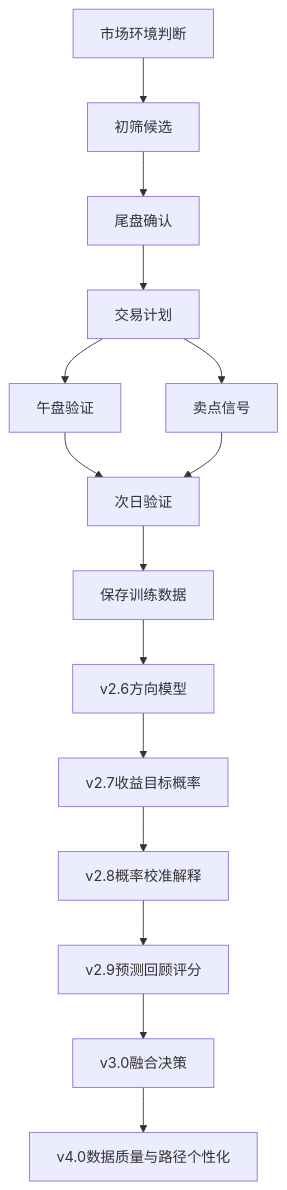
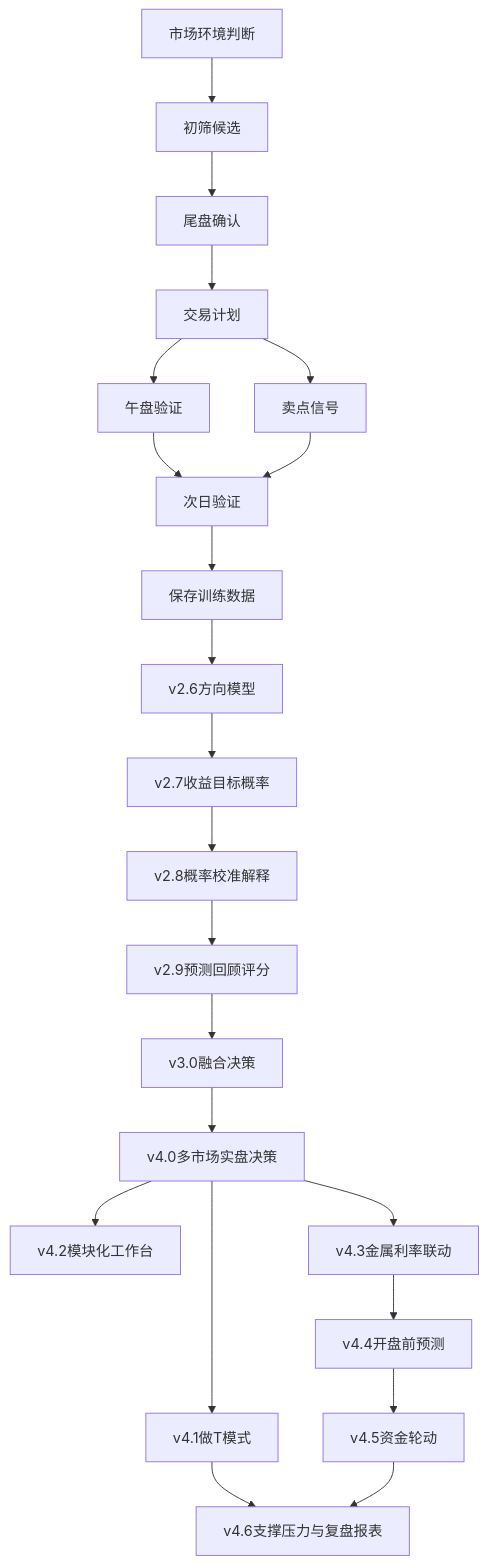
The diagram in obsidian-vault/00-系统入口/01-项目导航地图.md (ixiaoxinxin/t_trade_system), drawn with Mermaid before and after one commit. The commit also changed other lines of this file and 1026 other files, not shown here.

````diff
--- a/obsidian-vault/00-系统入口/01-项目导航地图.md
+++ b/obsidian-vault/00-系统入口/01-项目导航地图.md
@@ -52,17 +64,24 @@
 ```mermaid
 flowchart TD
     A["市场环境判断"] --> B["初筛候选"]
     B --> C["尾盘确认"]
     C --> D["交易计划"]
     D --> E["午盘验证"]
     D --> F["卖点信号"]
     E --> G["次日验证"]
     F --> G
     G --> H["保存训练数据"]
     H --> I["v2.6方向模型"]
     I --> J["v2.7收益目标概率"]
     J --> K["v2.8概率校准解释"]
     K --> L["v2.9预测回顾评分"]
     L --> M["v3.0融合决策"]
-    M --> N["v4.0数据质量与路径个性化"]
+    M --> N["v4.0多市场实盘决策"]
+    N --> O["v4.1做T模式"]
+    N --> P["v4.2模块化工作台"]
+    N --> Q["v4.3金属利率联动"]
+    Q --> R["v4.4开盘前预测"]
+    R --> S["v4.5资金轮动"]
+    O --> T["v4.6支撑压力与复盘报表"]
+    S --> T
 ```
````
